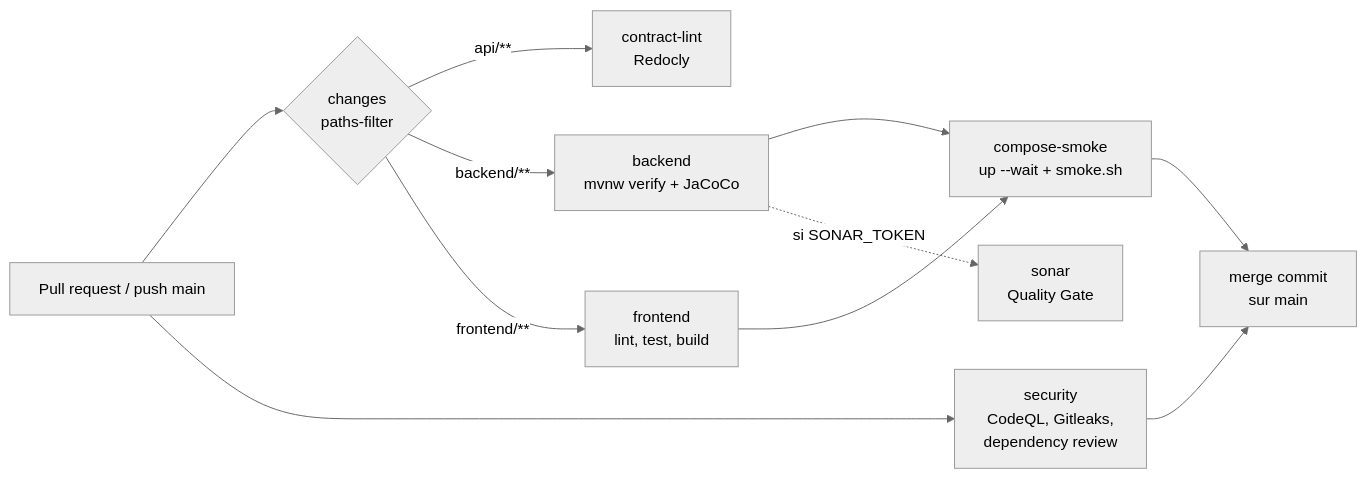
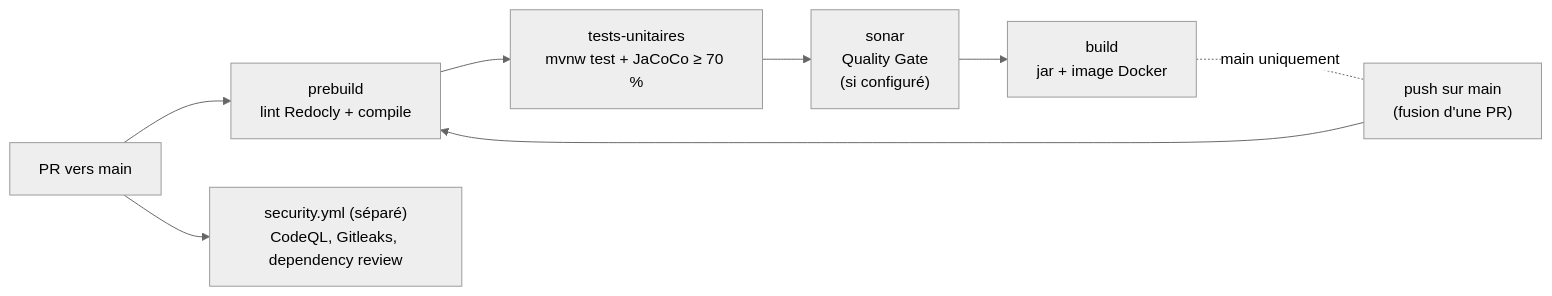
Before and after one commit to FranckHerve100/kfokam48-epreuve-KF48-YAO-260: the sixth of 6 diagrams in docs/ARCHITECTURE.md, drawn with Mermaid (neutral theme). The commit also changed other lines of this file and 3 other files, not shown here.

Commit message:
docs: décrire le pipeline prebuild, tests, Sonar, build et la porte locale

````diff
--- a/docs/ARCHITECTURE.md
+++ b/docs/ARCHITECTURE.md
@@ -239,13 +239,10 @@
 ```mermaid
 flowchart LR
-    PR["Pull request / push main"] --> CH{"changes<br/>paths-filter"}
-    CH -- "api/**" --> CL["contract-lint<br/>Redocly"]
-    CH -- "backend/**" --> BK["backend<br/>mvnw verify + JaCoCo"]
-    CH -- "frontend/**" --> FR["frontend<br/>lint, test, build"]
-    BK --> SM["compose-smoke<br/>up --wait + smoke.sh"]
-    FR --> SM
-    PR --> SEC["security<br/>CodeQL, Gitleaks,<br/>dependency review"]
-    BK -. "si SONAR_TOKEN" .-> SQ["sonar<br/>Quality Gate"]
-    SM --> MERGE["merge commit<br/>sur main"]
-    SEC --> MERGE
+    PR["PR vers main"] --> PB["prebuild<br/>lint Redocly + compile"]
+    MAIN["push sur main<br/>(fusion d'une PR)"] --> PB
+    PB --> TU["tests-unitaires<br/>mvnw test + JaCoCo ≥ 70 %"]
+    TU --> SQ["sonar<br/>Quality Gate<br/>(si configuré)"]
+    SQ --> BD["build<br/>jar + image Docker"]
+    BD -. "main uniquement" .- MAIN
+    PR --> SEC["security.yml (séparé)<br/>CodeQL, Gitleaks, dependency review"]
 ```
````
